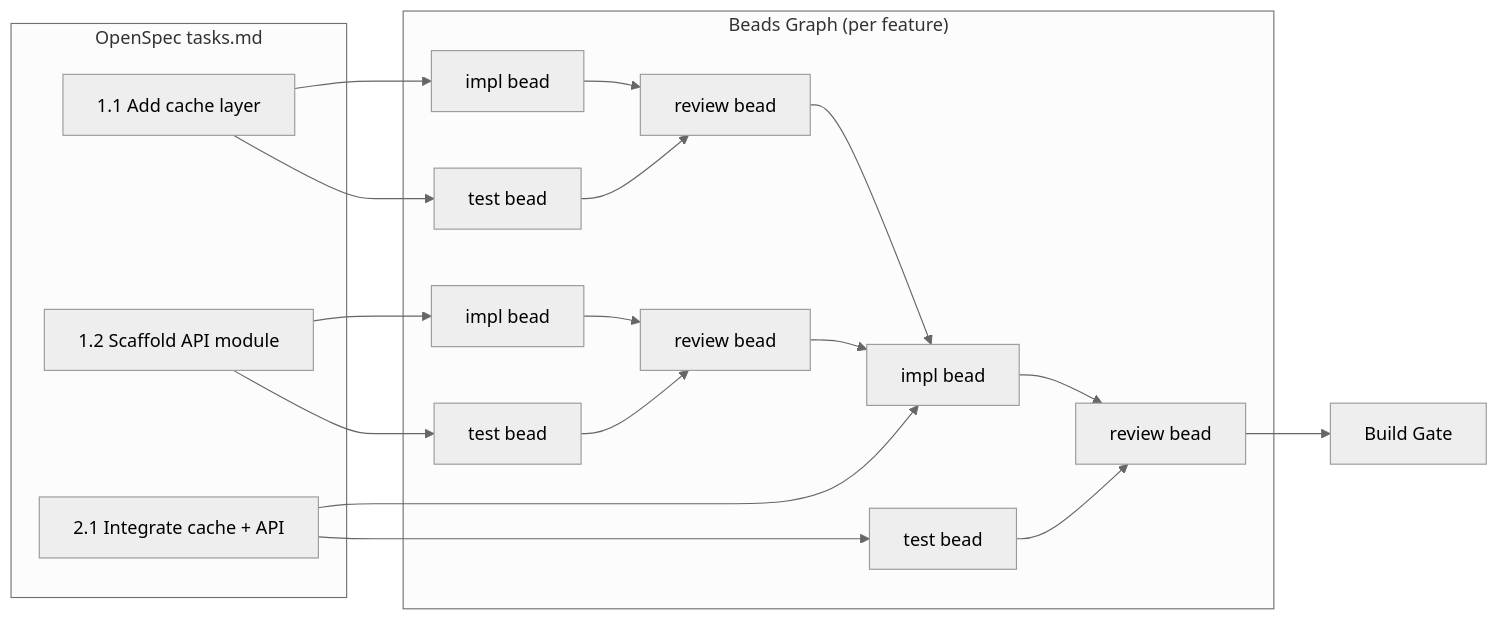
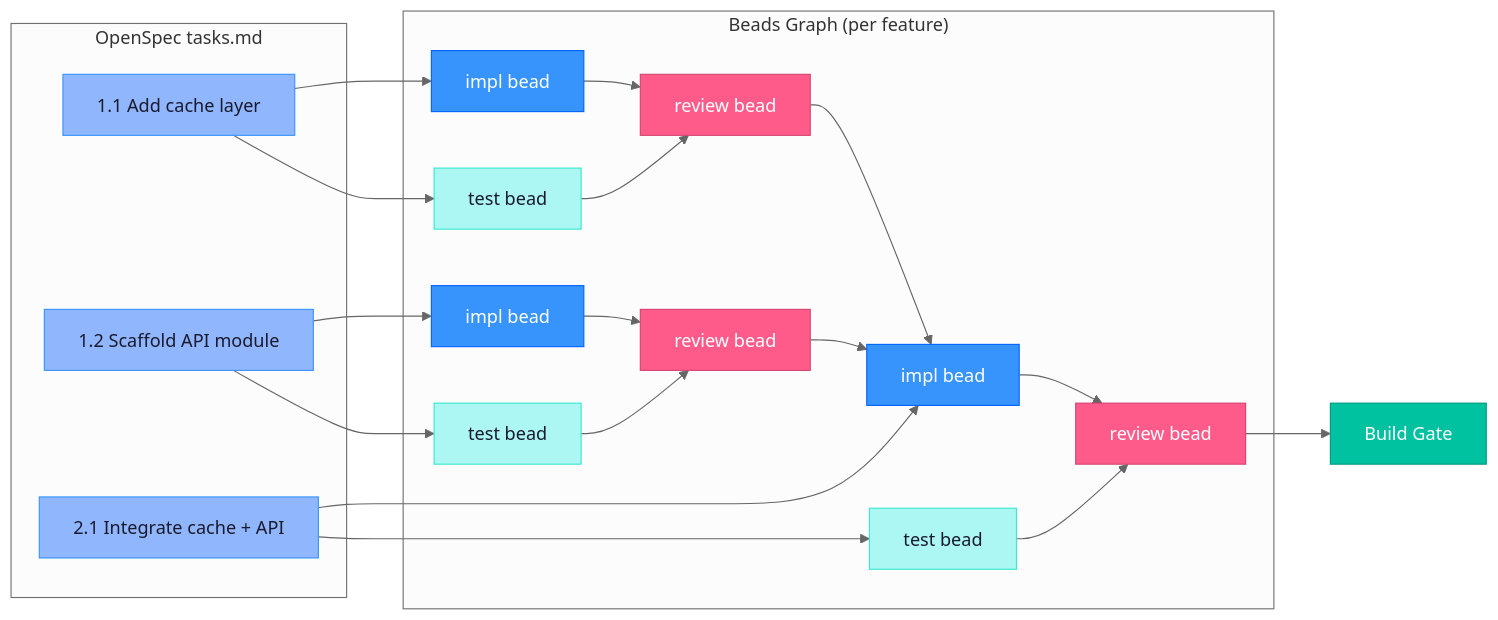
The third of 5 diagrams in plugins/sdd-workflow/README.md (Sand2Silicon/sand2silicon-agentic-skills), drawn with Mermaid (neutral theme) before and after one commit. The commit also changed other lines of this file, not shown here.

````diff
--- a/plugins/sdd-workflow/README.md
+++ b/plugins/sdd-workflow/README.md
@@ -104,29 +119,35 @@
 ```mermaid
 flowchart LR
+    classDef source fill:#90b6fd,stroke:#3694fc,color:#1a1a2e
+    classDef impl fill:#3694fc,stroke:#0263fb,color:#fff
+    classDef test fill:#acf7f3,stroke:#36ead0,color:#1a1a2e
+    classDef review fill:#ff5b8a,stroke:#d44470,color:#fff
+    classDef gate fill:#00c2a0,stroke:#009a7c,color:#fff
+
     subgraph "OpenSpec tasks.md"
-        T1["1.1 Add cache layer"]
-        T2["1.2 Scaffold API module"]
-        T3["2.1 Integrate cache + API"]
+        T1["1.1 Add cache layer"]:::source
+        T2["1.2 Scaffold API module"]:::source
+        T3["2.1 Integrate cache + API"]:::source
     end
 
     subgraph "Beads Graph (per feature)"
-        T1 --> I1["impl bead"]
-        T1 --> TS1["test bead"]
-        I1 --> R1["review bead"]
+        T1 --> I1["impl bead"]:::impl
+        T1 --> TS1["test bead"]:::test
+        I1 --> R1["review bead"]:::review
         TS1 --> R1
 
-        T2 --> I2["impl bead"]
-        T2 --> TS2["test bead"]
-        I2 --> R2["review bead"]
+        T2 --> I2["impl bead"]:::impl
+        T2 --> TS2["test bead"]:::test
+        I2 --> R2["review bead"]:::review
         TS2 --> R2
 
-        R1 --> I3["impl bead"]
+        R1 --> I3["impl bead"]:::impl
         R2 --> I3
         T3 --> I3
-        T3 --> TS3["test bead"]
-        I3 --> R3["review bead"]
+        T3 --> TS3["test bead"]:::test
+        I3 --> R3["review bead"]:::review
         TS3 --> R3
     end
 
-    R3 --> GATE["Build Gate"]
+    R3 --> GATE["Build Gate"]:::gate
 ```
````
